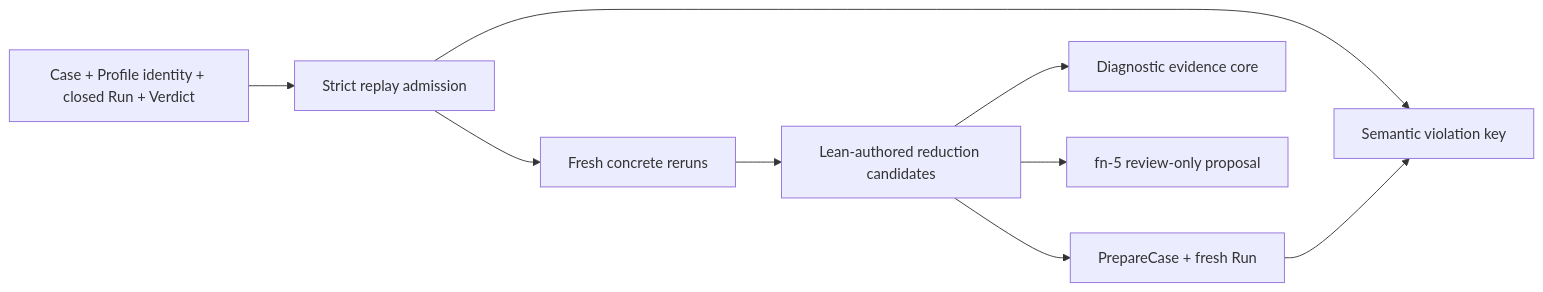
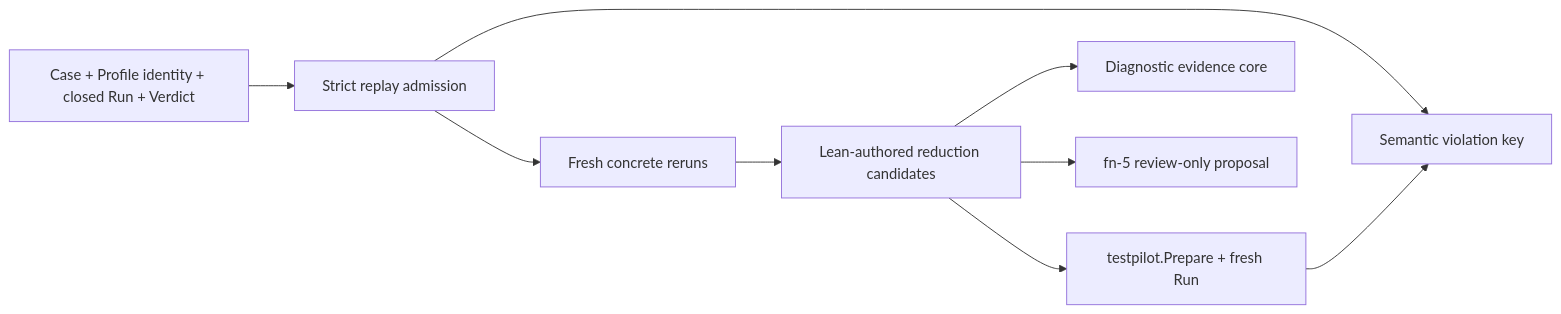
The diagram in .flow/specs/fn-22-deterministic-replay-semantic.md (stephanos/temporal), drawn with Mermaid before and after one commit. The commit also changed other lines of this file and 321 other files, not shown here.

````diff
--- a/.flow/specs/fn-22-deterministic-replay-semantic.md
+++ b/.flow/specs/fn-22-deterministic-replay-semantic.md
@@ -15,11 +15,11 @@
 ```mermaid
 flowchart LR
   I[Case + Profile identity + closed Run + Verdict] --> A[Strict replay admission]
   A --> K[Semantic violation key]
   A --> R[Fresh concrete reruns]
   R --> M[Lean-authored reduction candidates]
-  M --> P[PrepareCase + fresh Run]
+  M --> P[testpilot.Prepare + fresh Run]
   P --> K
   M --> E[Diagnostic evidence core]
   M --> Q[fn-5 review-only proposal]
 ```
````
